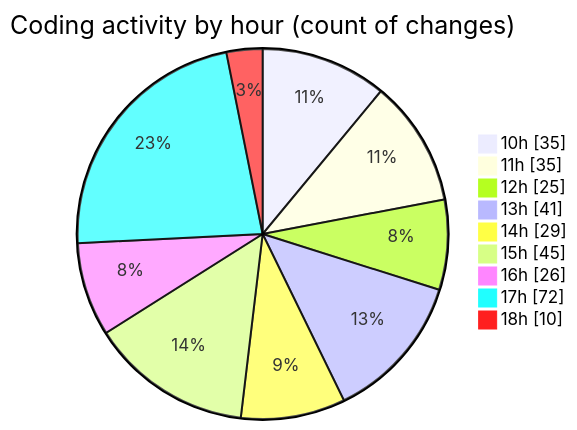
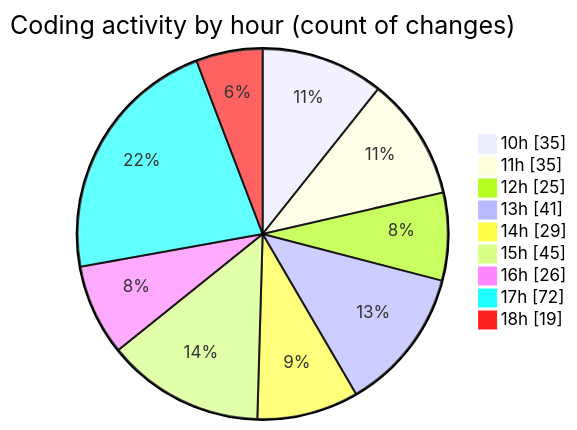
One commit to momahboobian/code-tracking changed the second of 2 diagrams in 2025-03-26/cda/README.md. Above: the diagram before and after it, drawn with Mermaid. The commit also changed other lines of this file and 1 other file, not shown here.

````diff
--- a/2025-03-26/cda/README.md
+++ b/2025-03-26/cda/README.md
@@ -55,13 +55,13 @@
 ```mermaid
 pie showData
 title Coding activity by hour (count of changes)
 "10h" : 35
 "11h" : 35
 "12h" : 25
 "13h" : 41
 "14h" : 29
 "15h" : 45
 "16h" : 26
 "17h" : 72
-"18h" : 10
+"18h" : 19
 ```
````
